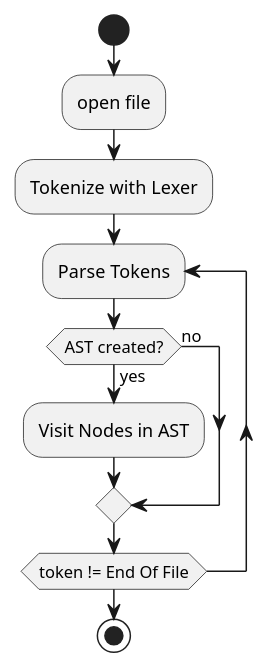
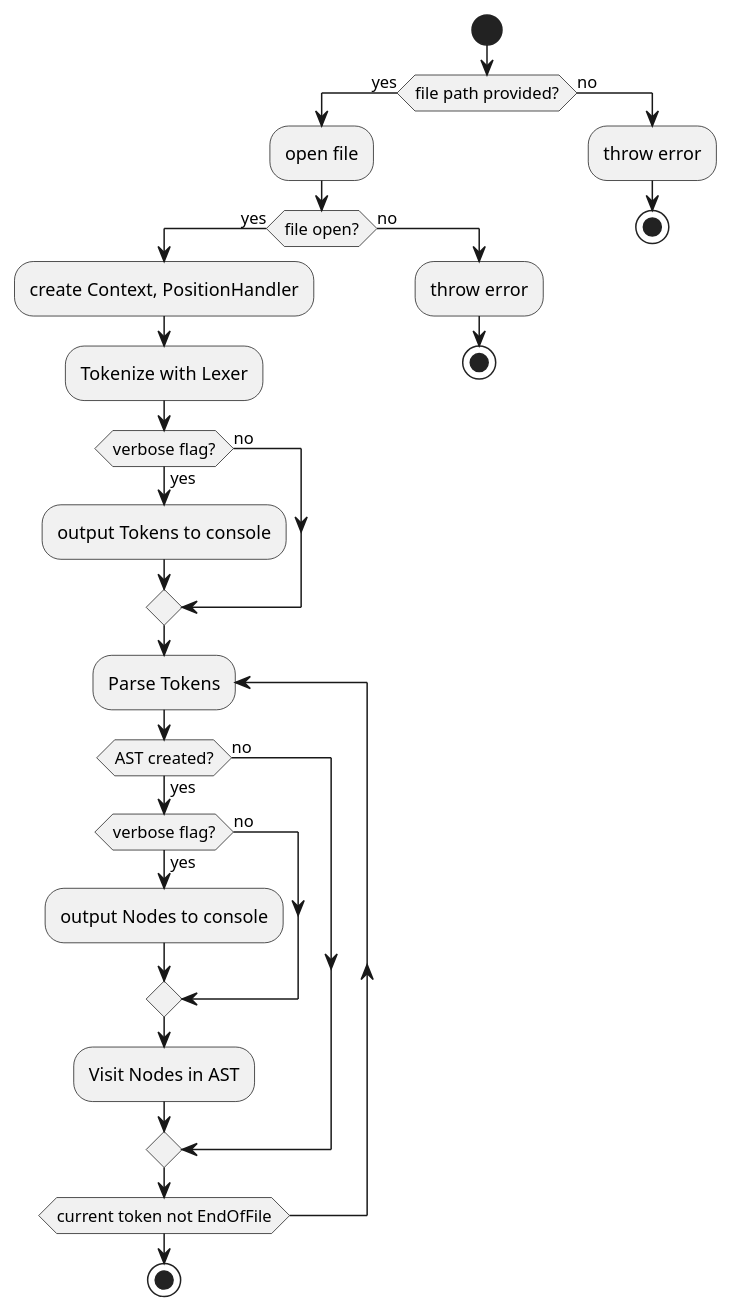
The diagram in UML Diagrams/FlowChart.puml (joshuapickup/VIS), drawn with PlantUML before and after one commit. The commit also changed 1477 other files, not shown here.

```diff
--- a/UML Diagrams/FlowChart.puml
+++ b/UML Diagrams/FlowChart.puml
@@ -1,21 +1,33 @@
 @startuml
 
-
 start
-
-:open file;
-:Tokenize with Lexer;
-
-repeat :Parse Tokens;
-    if (AST created?) then (yes)
-          :Visit Nodes in AST;
+if (file path provided?) then (yes)
+    :open file;
+    if (file open?) then (yes)
+        :create Context, PositionHandler;
+        :Tokenize with Lexer;
+        if (verbose flag?) then (yes)
+            :output Tokens to console;
+        else (no)
+        endif
+        repeat :Parse Tokens;
+            if (AST created?) then (yes)
+                if (verbose flag?) then (yes)
+                    :output Nodes to console;
+                else (no)
+                endif
+                :Visit Nodes in AST;
+            else (no)
+            endif
+        repeat while (current token not EndOfFile)
+        stop
     else (no)
+        :throw error;
+        stop
     endif
-repeat while (token != End Of File)
-
-stop
-
-
-
+else (no)
+    :throw error;
+    stop
+endif
 
 @enduml
```
